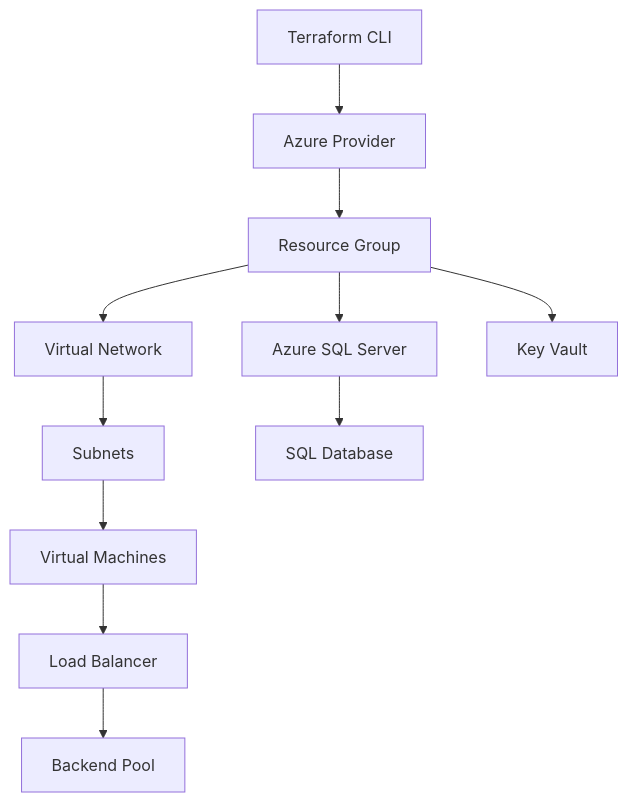
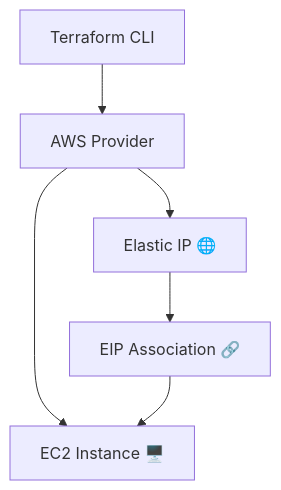
One commit to tushar-2902/Infrastructure_generic changed the diagram in README.md. Above: the diagram before and after it, drawn with Mermaid. The commit also changed other lines of this file, not shown here.

````diff
--- a/README.md
+++ b/README.md
@@ -95,13 +81,8 @@
 ```mermaid
 graph TD
-    A[Terraform CLI] --> B[Azure Provider]
-    B --> C[Resource Group]
-    C --> D[Virtual Network]
-    D --> E[Subnets]
-    E --> F[Virtual Machines]
-    F --> G[Load Balancer]
-    G --> H[Backend Pool]
-    C --> I[Azure SQL Server]
-    I --> J[SQL Database]
-    C --> K[Key Vault]
+    A[Terraform CLI] --> B[AWS Provider]
+    B --> C[EC2 Instance 🖥️]
+    B --> D[Elastic IP 🌐]
+    D --> E[EIP Association 🔗]
+    E --> C
 ```
````
